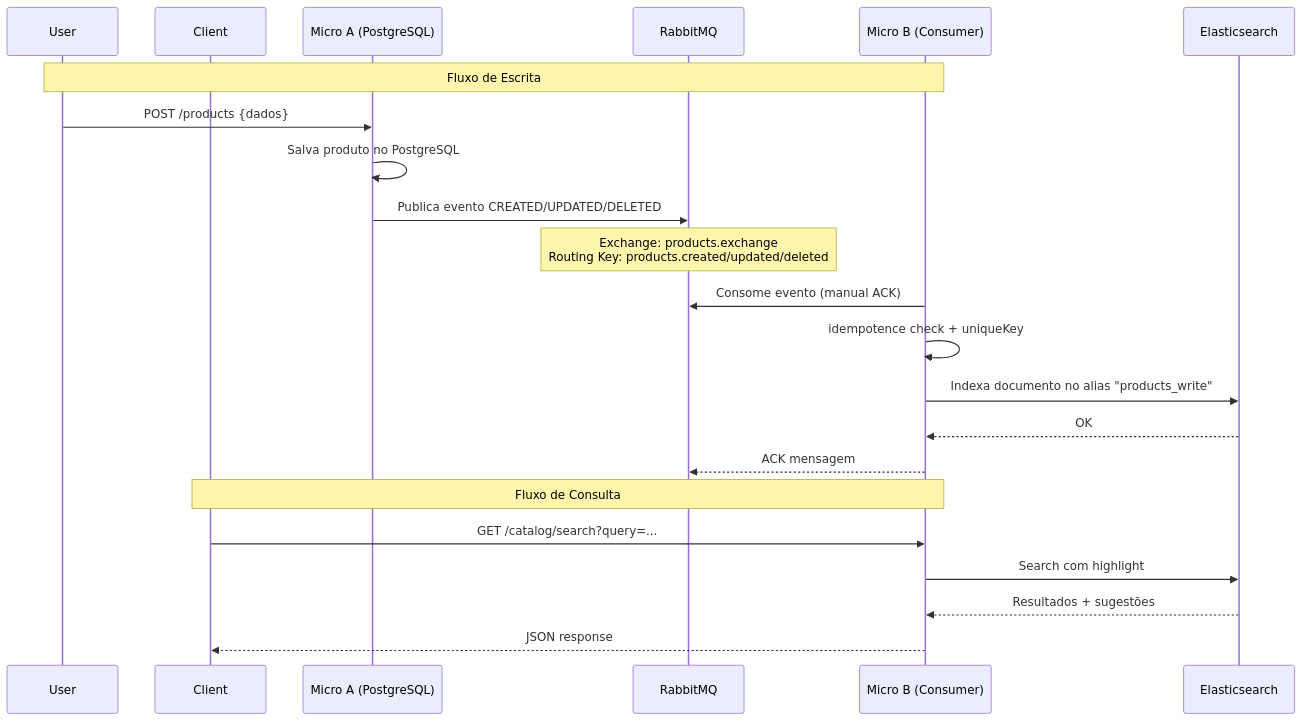
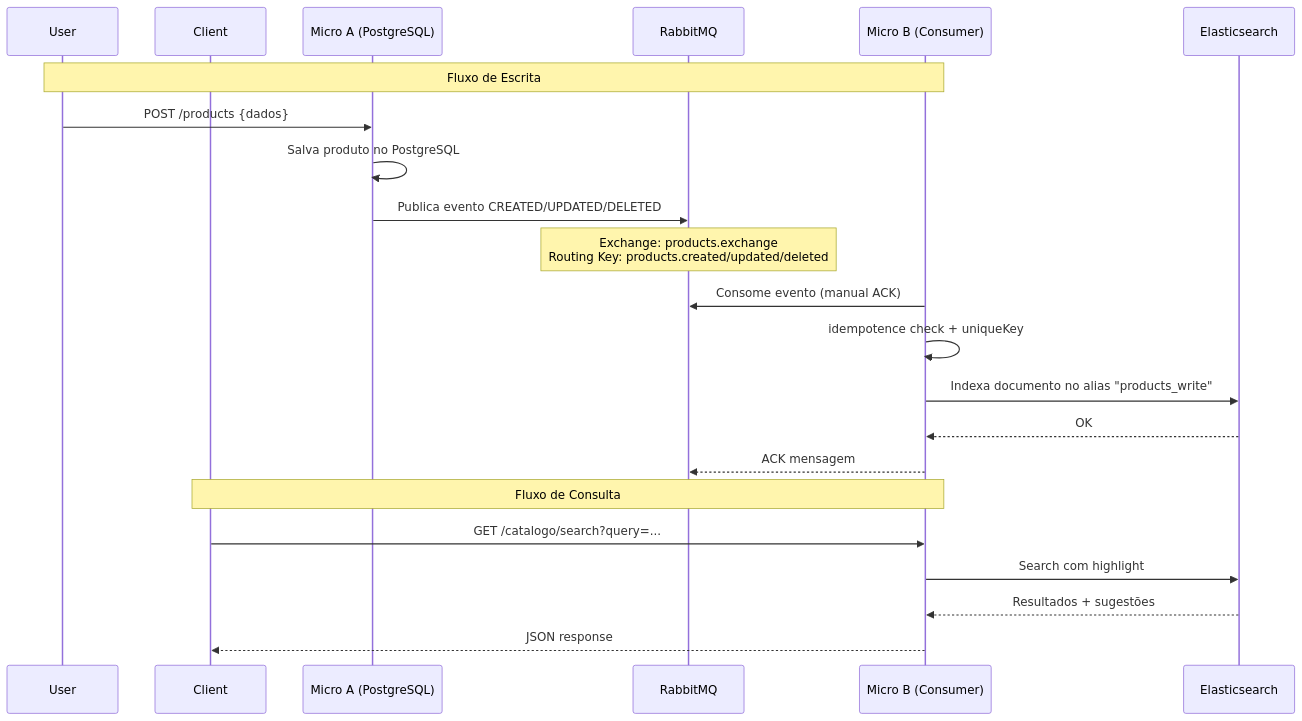
Before and after one commit to wekers/elasticsearch: the third of 6 diagrams in README_PT.md, drawn with Mermaid. The commit also changed other lines of this file, not shown here.

Commit message:
chore(docs): update Portuguese README with additional details, service ports, autocomplete flow, APIs, and latest Postman collection link

````diff
--- a/README_PT.md
+++ b/README_PT.md
@@ -163,27 +167,27 @@
 ```mermaid
     sequenceDiagram
-        participant User as User
-        participant Client as Client
-        participant A as Micro A (PostgreSQL)
-        participant RMQ as RabbitMQ
-        participant B as Micro B (Consumer)
-        participant ES as Elasticsearch
-    
-        Note over User,B: Fluxo de Escrita
-        User->>A: POST /products {dados}
-        A->>A: Salva produto no PostgreSQL
-        A->>RMQ: Publica evento CREATED/UPDATED/DELETED
-        Note over RMQ: Exchange: products.exchange<br/>Routing Key: products.created/updated/deleted
-        
-        B->>RMQ: Consome evento (manual ACK)
-        B->>B: idempotence check + uniqueKey
-        B->>ES: Indexa documento no alias "products_write"
-        ES-->>B: OK
-        B-->>RMQ: ACK mensagem
-    
-        Note over Client,B: Fluxo de Consulta
-        Client->>B: GET /catalog/search?query=...
-        B->>ES: Search com highlight
-        ES-->>B: Resultados + sugestões
-        B-->>Client: JSON response
+    participant User as User
+    participant Client as Client
+    participant A as Micro A (PostgreSQL)
+    participant RMQ as RabbitMQ
+    participant B as Micro B (Consumer)
+    participant ES as Elasticsearch
+
+    Note over User,B: Fluxo de Escrita
+    User->>A: POST /products {dados}
+    A->>A: Salva produto no PostgreSQL
+    A->>RMQ: Publica evento CREATED/UPDATED/DELETED
+    Note over RMQ: Exchange: products.exchange<br/>Routing Key: products.created/updated/deleted
+
+    B->>RMQ: Consome evento (manual ACK)
+    B->>B: idempotence check + uniqueKey
+    B->>ES: Indexa documento no alias "products_write"
+    ES-->>B: OK
+    B-->>RMQ: ACK mensagem
+
+    Note over Client,B: Fluxo de Consulta
+    Client->>B: GET /catalogo/search?query=...
+    B->>ES: Search com highlight
+    ES-->>B: Resultados + sugestões
+    B-->>Client: JSON response
 ```
````
